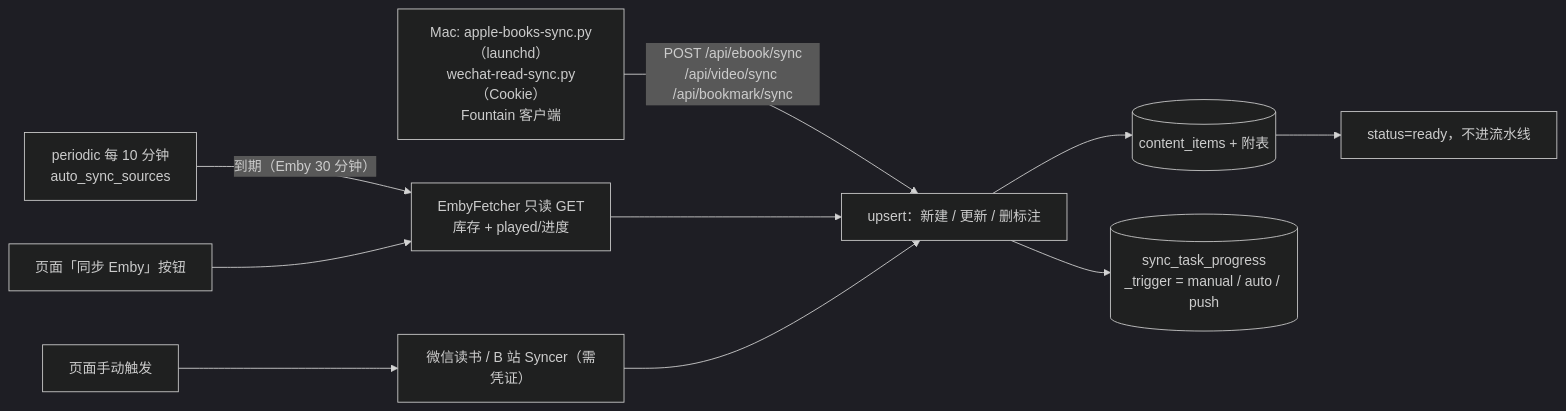
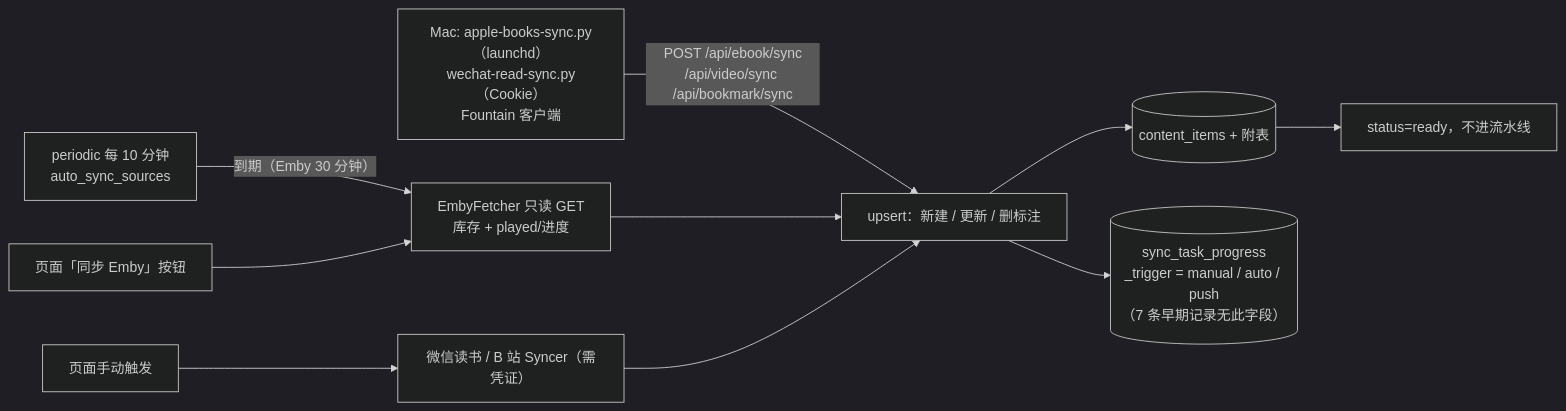
The second of 3 diagrams in docs/40-流程.md (keylin/allin-one), drawn with Mermaid (dark theme) before and after one commit. The commit also changed other lines of this file and 2 other files, not shown here.

````diff
--- a/docs/40-流程.md
+++ b/docs/40-流程.md
@@ -33,12 +33,12 @@
 ```mermaid
 flowchart LR
   A["periodic 每 10 分钟<br/>auto_sync_sources"] -->|"到期（Emby 30 分钟）"| E["EmbyFetcher 只读 GET<br/>库存 + played/进度"]
   M["页面「同步 Emby」按钮"] --> E
   W["页面手动触发"] --> WR["微信读书 / B 站 Syncer（需凭证）"]
   S1["Mac: apple-books-sync.py（launchd）<br/>wechat-read-sync.py（Cookie）<br/>Fountain 客户端"] -->|"POST /api/ebook/sync<br/>/api/video/sync /api/bookmark/sync"| U["upsert：新建 / 更新 / 删标注"]
   E --> U
   WR --> U
   U --> CI[("content_items + 附表")]
-  U --> SP[("sync_task_progress<br/>_trigger = manual / auto / push")]
+  U --> SP[("sync_task_progress<br/>_trigger = manual / auto / push<br/>（7 条早期记录无此字段）")]
   CI --> RD["status=ready，不进流水线"]
 ```
````
